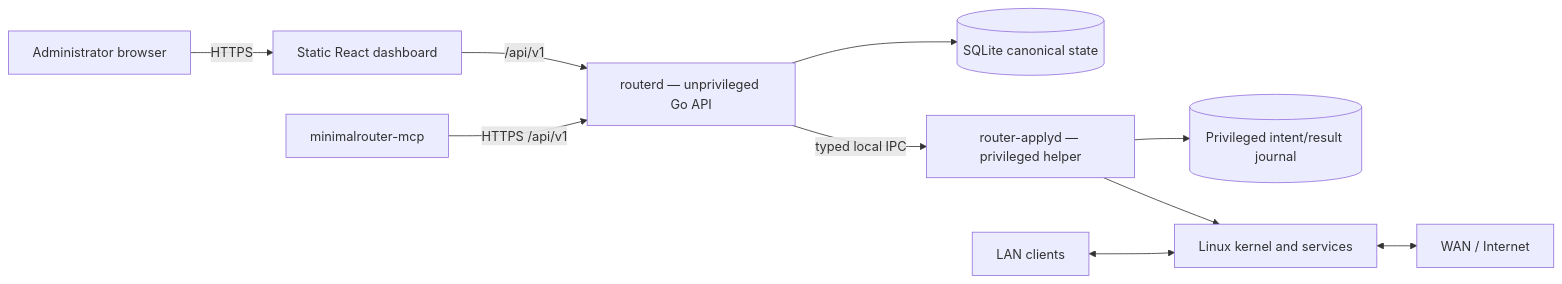
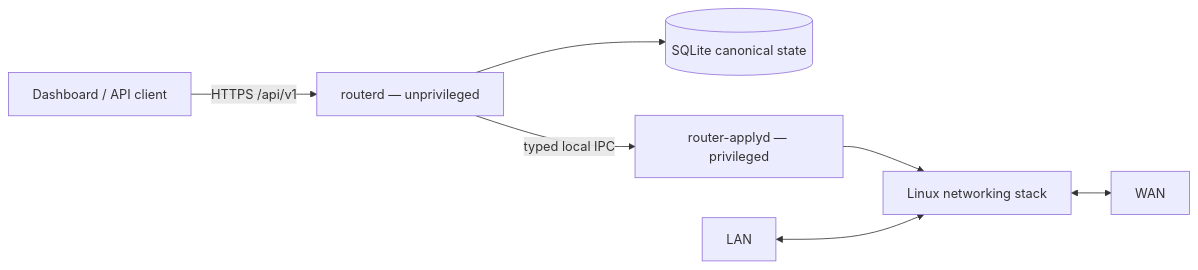
One commit to vladimirperovic/minimalrouter changed the diagram in ARCHITECTURE.md. Above: the diagram before and after it, drawn with Mermaid. The commit also changed other lines of this file, not shown here.

Commit message:
docs: reduce architecture document to core invariants

````diff
--- a/ARCHITECTURE.md
+++ b/ARCHITECTURE.md
@@ -25,23 +9,17 @@
 ```mermaid
 flowchart LR
-    Admin[Administrator browser]
-    UI[Static React dashboard]
-    MCP[minimalrouter-mcp]
-    Routerd[routerd — unprivileged Go API]
+    Browser[Dashboard / API client]
+    Routerd[routerd — unprivileged]
     DB[(SQLite canonical state)]
-    Applyd[router-applyd — privileged helper]
-    Journal[(Privileged intent/result journal)]
-    Linux[Linux kernel and services]
-    LAN[LAN clients]
-    WAN[WAN / Internet]
+    Applyd[router-applyd — privileged]
+    Linux[Linux networking stack]
+    LAN[LAN]
+    WAN[WAN]
 
-    Admin -->|HTTPS| UI
-    UI -->|/api/v1| Routerd
-    MCP -->|HTTPS /api/v1| Routerd
+    Browser -->|HTTPS /api/v1| Routerd
     Routerd --> DB
     Routerd -->|typed local IPC| Applyd
-    Applyd --> Journal
     Applyd --> Linux
     LAN <--> Linux
     Linux <--> WAN
 ```
````
